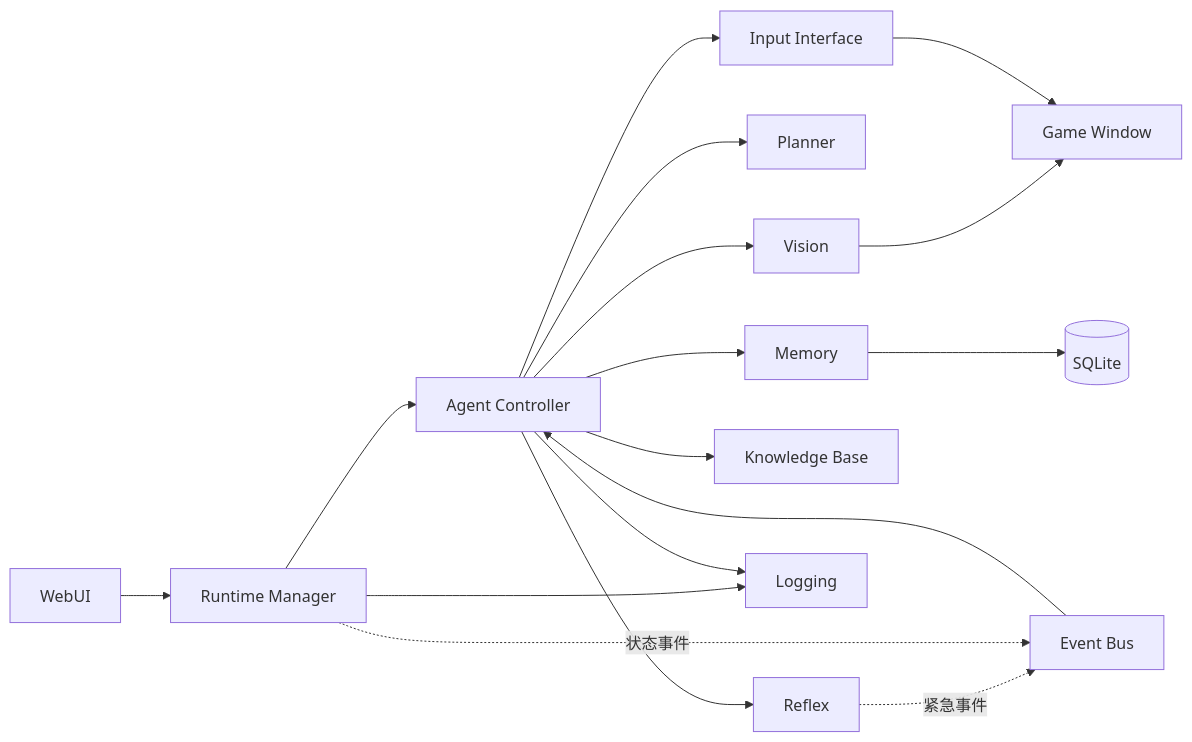
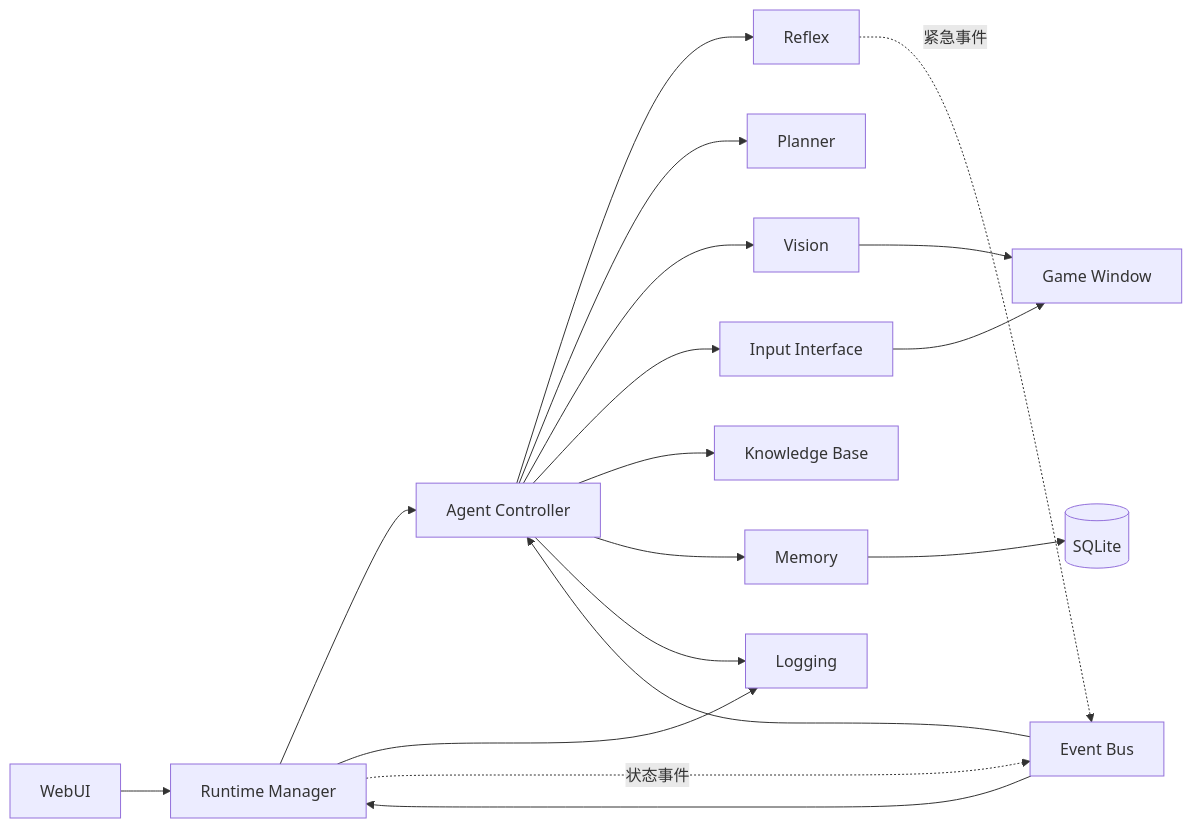
The sixth of 6 diagrams in docs/02-architecture.md (Yokoo3431/Maple-AI-Companion-Agent), drawn with Mermaid before and after one commit. The commit also changed other lines of this file and 11 other files, not shown here.

````diff
--- a/docs/02-architecture.md
+++ b/docs/02-architecture.md
@@ -129,19 +135,20 @@
 ```mermaid
 flowchart LR
     UI["WebUI"] --> RM["Runtime Manager"]
     RM --> AC["Agent Controller"]
     AC --> RX["Reflex"]
     AC --> PL["Planner"]
     AC --> VIS["Vision"]
     AC --> IN["Input Interface"]
     VIS --> GW["Game Window"]
     IN --> GW
     AC --> KB["Knowledge Base"]
     AC --> MEM["Memory"]
     MEM --> DB[("SQLite")]
     RM --> LOG["Logging"]
     AC --> LOG
     RX -.紧急事件.-> EB["Event Bus"]
     RM -.状态事件.-> EB
     EB --> AC
+    EB --> RM
 ```
````
